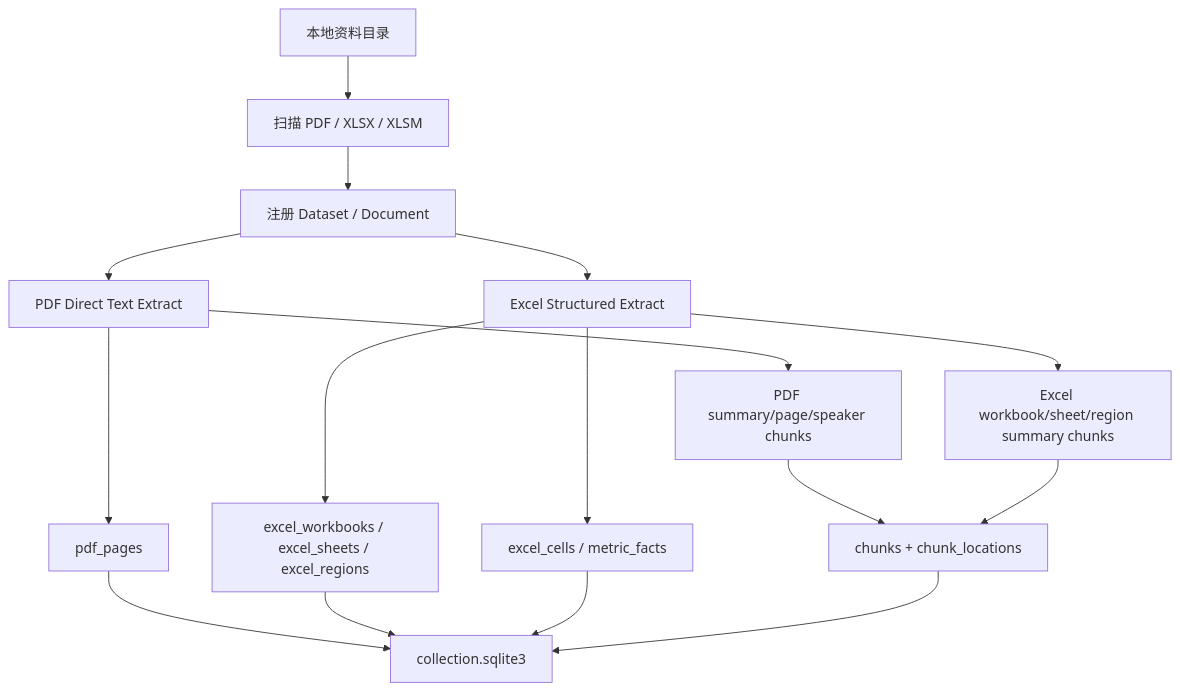
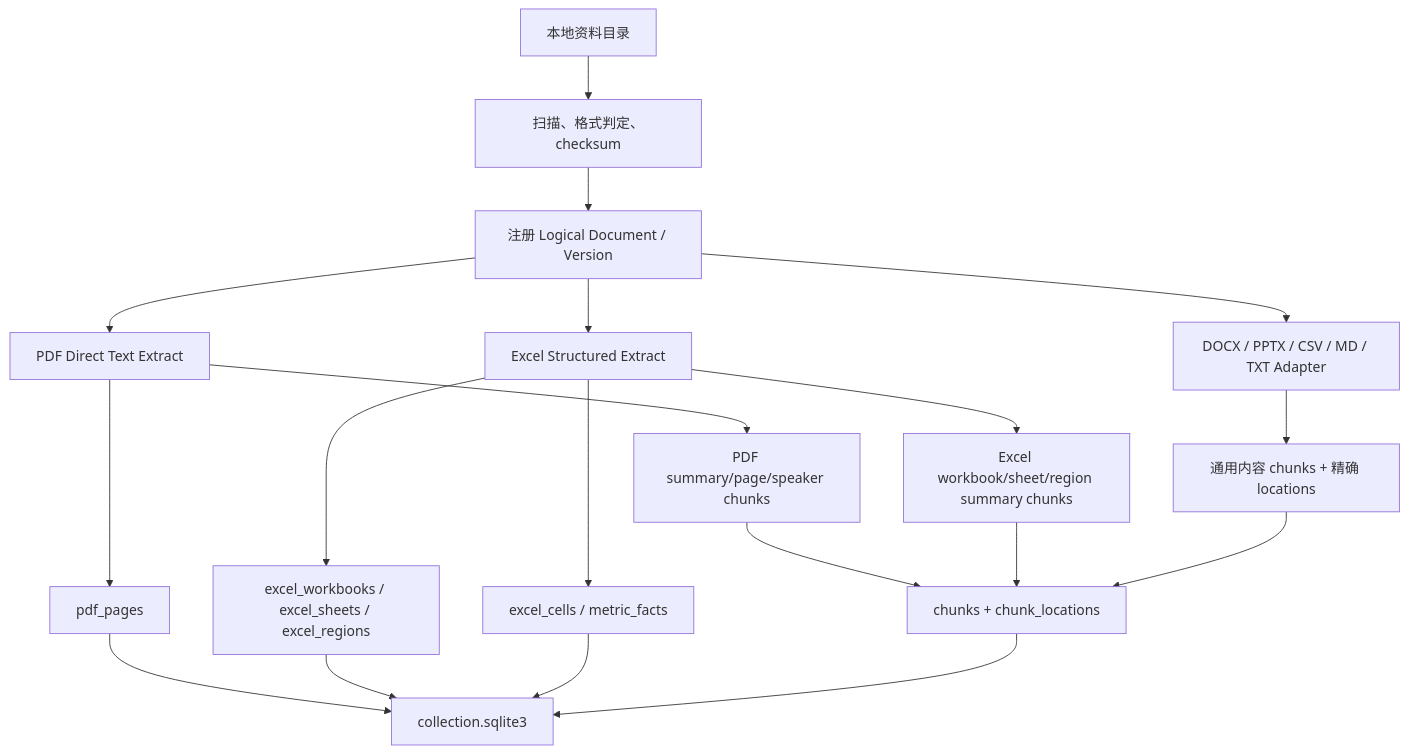
One commit to simplew4y/pravite_fund_ai_research changed the diagram in docs/private_fund_directory_ingest_pipeline.md. Above: the diagram before and after it, drawn with Mermaid. The commit also changed other lines of this file and 111 other files, not shown here.

````diff
--- a/docs/private_fund_directory_ingest_pipeline.md
+++ b/docs/private_fund_directory_ingest_pipeline.md
@@ -19,18 +34,21 @@
 ```mermaid
 flowchart TD
-  A["本地资料目录"] --> B["扫描 PDF / XLSX / XLSM"]
-  B --> C["注册 Dataset / Document"]
+  A["本地资料目录"] --> B["扫描、格式判定、checksum"]
+  B --> C["注册 Logical Document / Version"]
   C --> D1["PDF Direct Text Extract"]
   C --> D2["Excel Structured Extract"]
+  C --> D3["DOCX / PPTX / CSV / MD / TXT Adapter"]
   D1 --> E1["pdf_pages"]
   D1 --> E2["PDF summary/page/speaker chunks"]
   D2 --> F1["excel_workbooks / excel_sheets / excel_regions"]
   D2 --> F2["excel_cells / metric_facts"]
   D2 --> F3["Excel workbook/sheet/region summary chunks"]
+  D3 --> F4["通用内容 chunks + 精确 locations"]
   E2 --> G["chunks + chunk_locations"]
   F3 --> G
+  F4 --> G
   E1 --> H["collection.sqlite3"]
   F1 --> H
   F2 --> H
   G --> H
 ```
````
